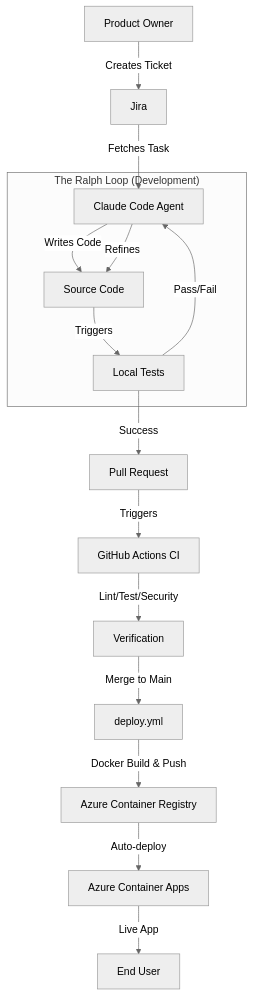
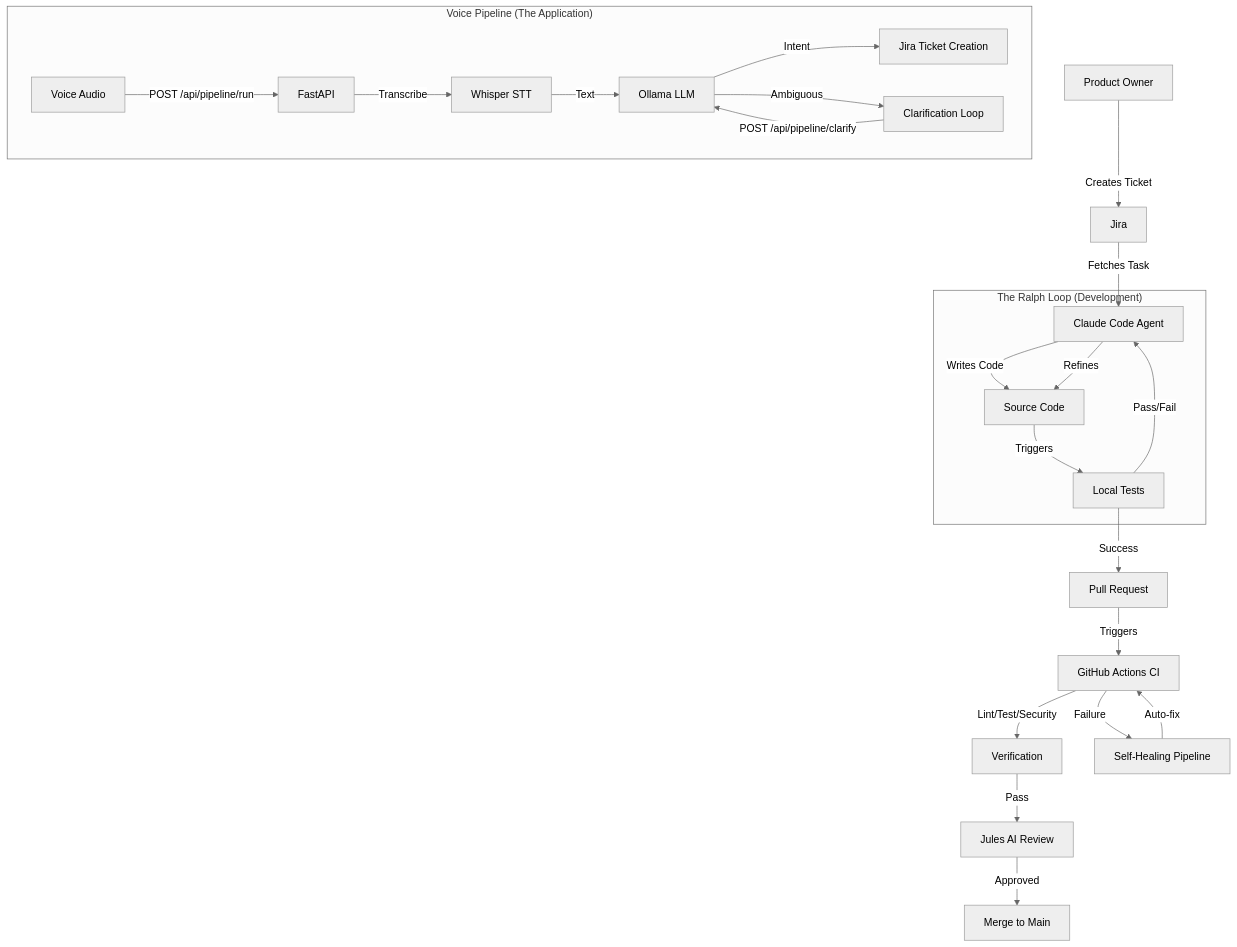
Before and after one commit to itsimonfredlingjack/agentic-devops-loop: the diagram in README.md, drawn with Mermaid (neutral theme). The commit also changed other lines of this file and 30 other files, not shown here.

````diff
--- a/README.md
+++ b/README.md
@@ -52,18 +44,27 @@
 ```mermaid
 graph TD
     User[Product Owner] -->|Creates Ticket| Jira[Jira]
     Jira -->|Fetches Task| Agent[Claude Code Agent]
     subgraph "The Ralph Loop (Development)"
         Agent -->|Writes Code| Code[Source Code]
         Code -->|Triggers| Tests[Local Tests]
         Tests -->|Pass/Fail| Agent
         Agent -->|Refines| Code
     end
     Tests -->|Success| PR[Pull Request]
     PR -->|Triggers| CI[GitHub Actions CI]
     CI -->|Lint/Test/Security| Verify[Verification]
-    Verify -->|Merge to Main| Deploy[deploy.yml]
-    Deploy -->|Docker Build & Push| ACR[Azure Container Registry]
-    ACR -->|Auto-deploy| Azure[Azure Container Apps]
-    Azure -->|Live App| EndUser[End User]
+    CI -->|Failure| SelfHeal[Self-Healing Pipeline]
+    SelfHeal -->|Auto-fix| CI
+    Verify -->|Pass| Jules[Jules AI Review]
+    Jules -->|Approved| Merge[Merge to Main]
+
+    subgraph "Voice Pipeline (The Application)"
+        Audio[Voice Audio] -->|POST /api/pipeline/run| VP[FastAPI]
+        VP -->|Transcribe| Whisper[Whisper STT]
+        Whisper -->|Text| Ollama[Ollama LLM]
+        Ollama -->|Intent| JiraCreate[Jira Ticket Creation]
+        Ollama -->|Ambiguous| Clarify[Clarification Loop]
+        Clarify -->|POST /api/pipeline/clarify| Ollama
+    end
 ```
````
